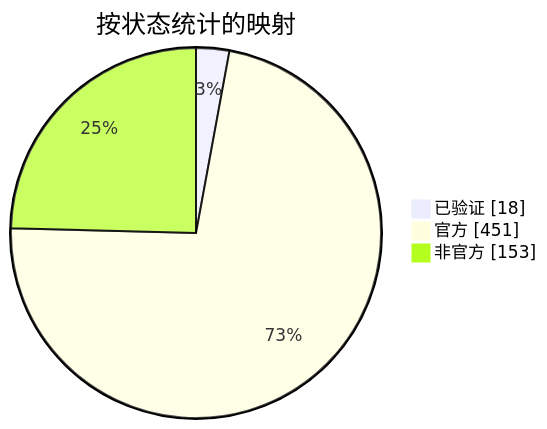
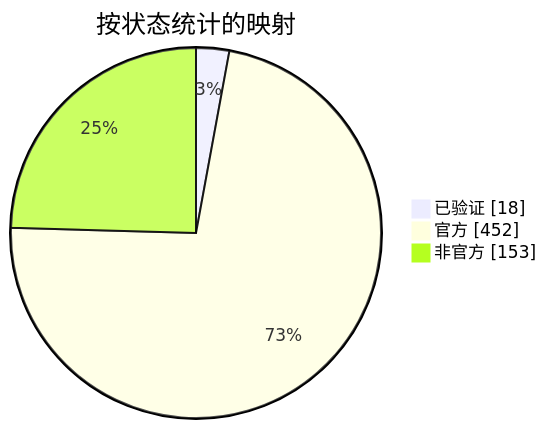
Before and after one commit to nobrega8/mbmap-library: the diagram in docs/readme/README_ZHS.md, drawn with Mermaid. The commit also changed 6 other files, not shown here.

````diff
--- a/docs/readme/README_ZHS.md
+++ b/docs/readme/README_ZHS.md
@@ -54,7 +54,7 @@
 ```mermaid
 pie showData
     title 按状态统计的映射
     "已验证" : 18
-    "官方" : 451
+    "官方" : 452
     "非官方" : 153
 ```
````
